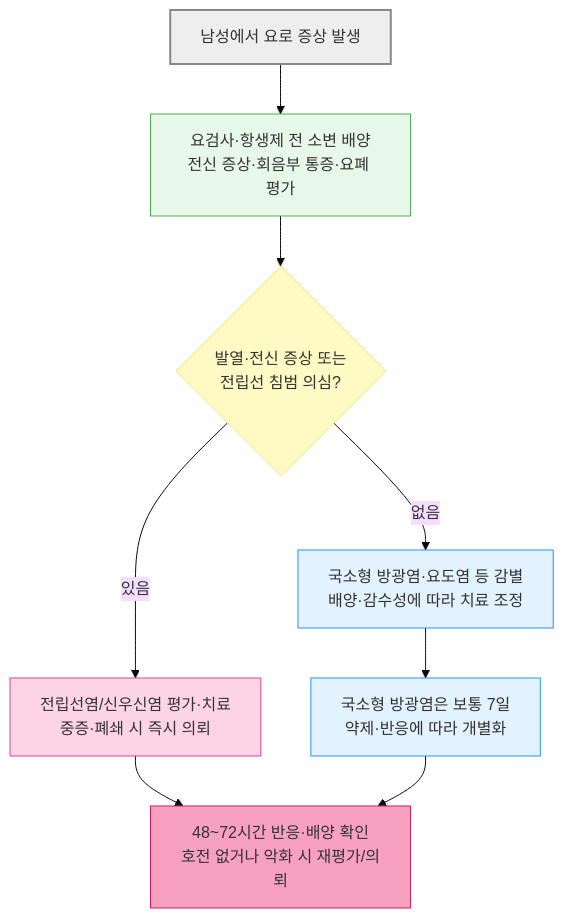
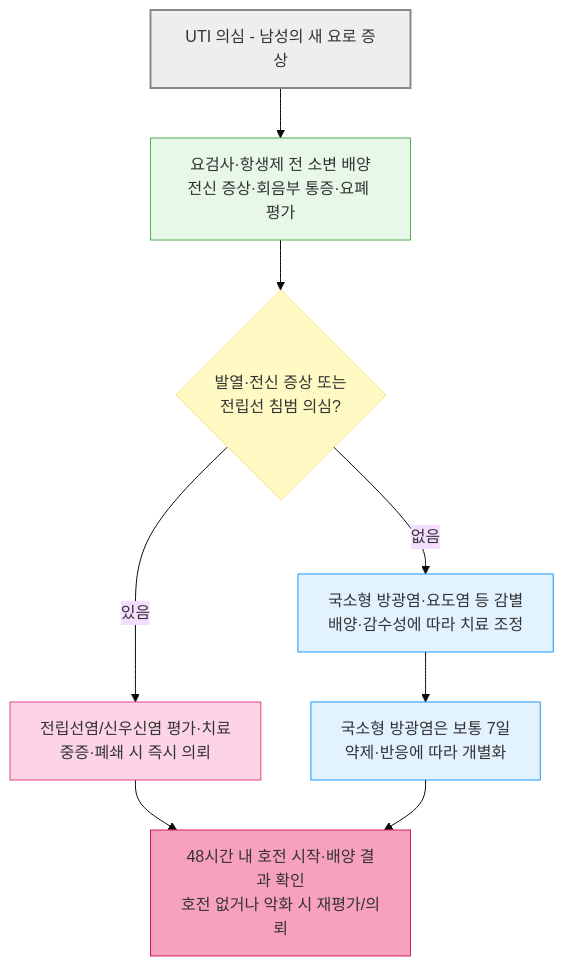
One commit to familyoh77/familyoh77 changed the fourth of 5 diagrams in 227_/113_-urinary-tract-infection.md. Above: the diagram before and after it, drawn with Mermaid (base theme). The commit also changed other lines of this file and 7 other files, not shown here.

````diff
--- a/227_/113_-urinary-tract-infection.md
+++ b/227_/113_-urinary-tract-infection.md
@@ -310,17 +349,17 @@
 ```mermaid
 graph TD
-    A["남성에서 요로 증상 발생"] --> B["요검사·항생제 전 소변 배양<br/>전신 증상·회음부 통증·요폐 평가"]
+    A["UTI 의심 - 남성의 새 요로 증상"] --> B["요검사·항생제 전 소변 배양<br/>전신 증상·회음부 통증·요폐 평가"]
     B --> C{"발열·전신 증상 또는<br/>전립선 침범 의심?"}
     C -->|있음| D["전립선염/신우신염 평가·치료<br/>중증·폐쇄 시 즉시 의뢰"]
     C -->|없음| E["국소형 방광염·요도염 등 감별<br/>배양·감수성에 따라 치료 조정"]
     E --> F["국소형 방광염은 보통 7일<br/>약제·반응에 따라 개별화"]
-    D --> G["48~72시간 반응·배양 확인<br/>호전 없거나 악화 시 재평가/의뢰"]
+    D --> G["48시간 내 호전 시작·배양 결과 확인<br/>호전 없거나 악화 시 재평가/의뢰"]
     F --> G
     style A fill:#eeeeee,stroke:#888888,stroke-width:2px
     style B fill:#e8f8e8,stroke:#4caf50
     style C fill:#fff9c4,stroke:#ffe082
     style D fill:#fcd4e6,stroke:#e0448e
     style E fill:#e3f2ff,stroke:#2196f3
     style F fill:#e3f2ff,stroke:#2196f3
     style G fill:#f8a0c0,stroke:#d01f5a
 ```
````
